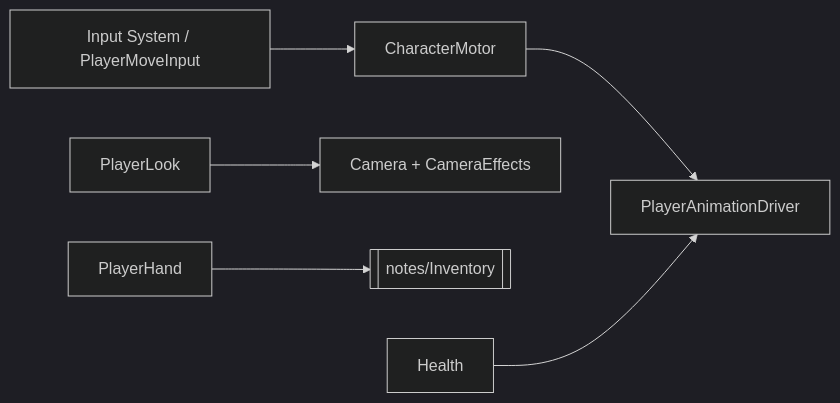
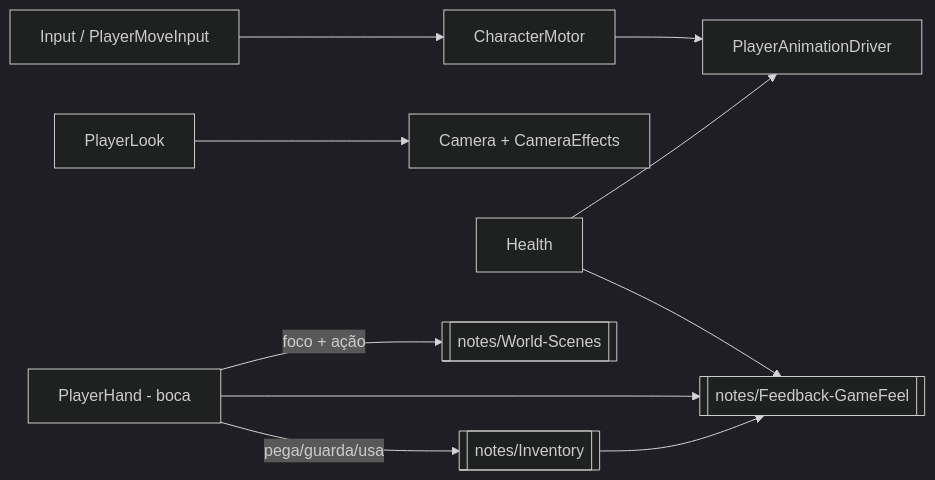
One commit to GabriBerp/ProjetoAction changed the diagram in docs/notes/Player.md. Above: the diagram before and after it, drawn with Mermaid (dark theme). The commit also changed other lines of this file and 17 other files, not shown here.

````diff
--- a/docs/notes/Player.md
+++ b/docs/notes/Player.md
@@ -24,8 +35,14 @@
 ```mermaid
 flowchart LR
-    Input[Input System / PlayerMoveInput] --> Motor[CharacterMotor]
+    Input[Input / PlayerMoveInput] --> Motor[CharacterMotor]
     Look[PlayerLook] --> Camera[Camera + CameraEffects]
     Motor --> Anim[PlayerAnimationDriver]
-    Hand[PlayerHand] --> Inv[[notes/Inventory]]
+
+    Hand[PlayerHand - boca] -->|pega/guarda/usa| Inv[[notes/Inventory]]
+    Hand -->|foco + ação| World[[notes/World-Scenes]]
+
     Health[Health] --> Anim
+    Health --> FB[[notes/Feedback-GameFeel]]
+    Hand --> FB
+    Inv --> FB
 ```
````
